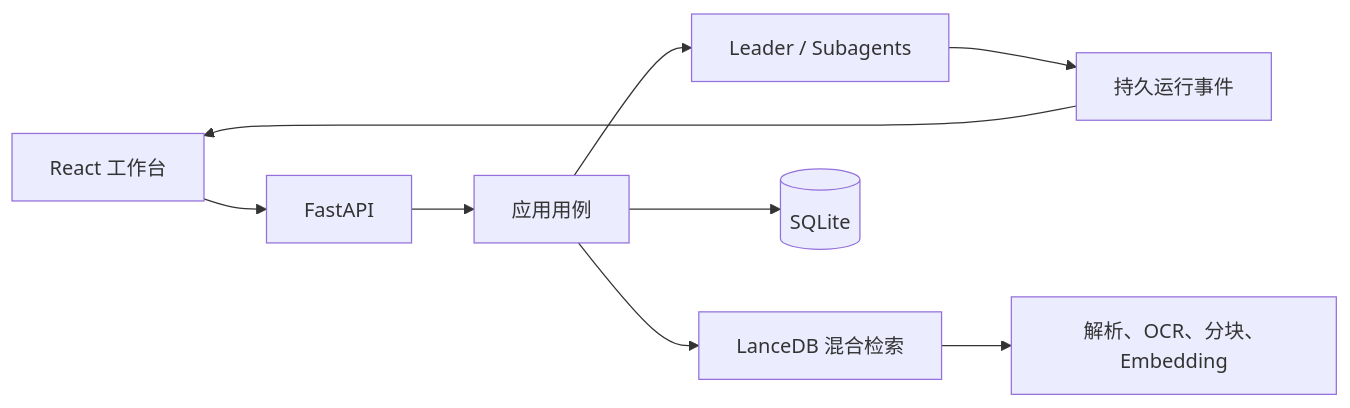
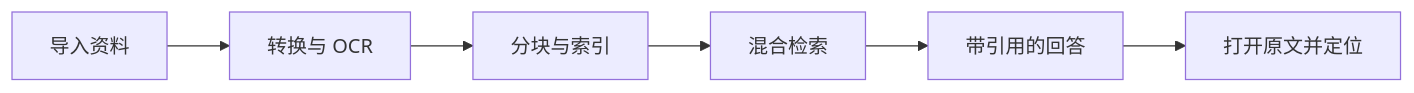
Before and after one commit to 0verL1nk/LLM_App_Final: the diagram in README.md, drawn with Mermaid. The commit also changed other lines of this file, not shown here.

````diff
--- a/README.md
+++ b/README.md
@@ -65,11 +83,8 @@
 ```mermaid
 flowchart LR
-  UI[React 工作台] --> API[FastAPI]
-  API --> APP[应用用例]
-  APP --> AGENT[Leader / Subagents]
-  APP --> RAG[LanceDB 混合检索]
-  APP --> DB[(SQLite)]
-  RAG --> DOC[解析、OCR、分块、Embedding]
-  AGENT --> SSE[持久运行事件]
-  SSE --> UI
+  A[导入资料] --> B[转换与 OCR]
+  B --> C[分块与索引]
+  C --> D[混合检索]
+  D --> E[带引用的回答]
+  E --> F[打开原文并定位]
 ```
````
